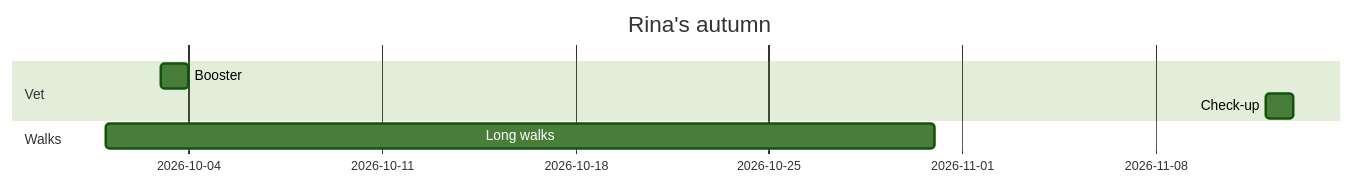
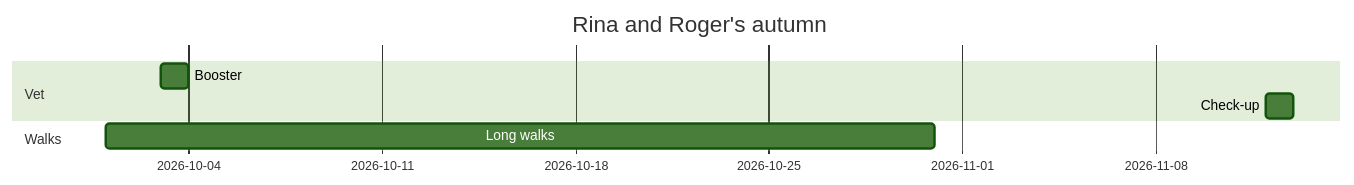
The seventh of 13 diagrams in app/src-tauri/resources/guide/en/sample.md (rgdevment/Tisty), drawn with Mermaid (forest theme) before and after one commit. The commit also changed other lines of this file and 4 other files, not shown here.

Commit message:
docs(guide): what Rina and Roger share names them both, while each keeps their own card and photo

````diff
--- a/app/src-tauri/resources/guide/en/sample.md
+++ b/app/src-tauri/resources/guide/en/sample.md
@@ -164,10 +164,10 @@
 ```mermaid
 gantt
-  title Rina's autumn
+  title Rina and Roger's autumn
   dateFormat YYYY-MM-DD
   section Vet
   Booster :2026-10-03, 1d
   Check-up :2026-11-12, 1d
   section Walks
   Long walks :2026-10-01, 30d
 ```
````
